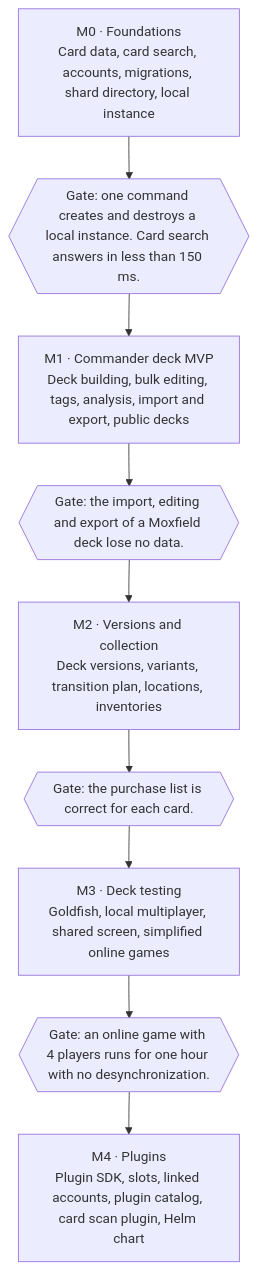
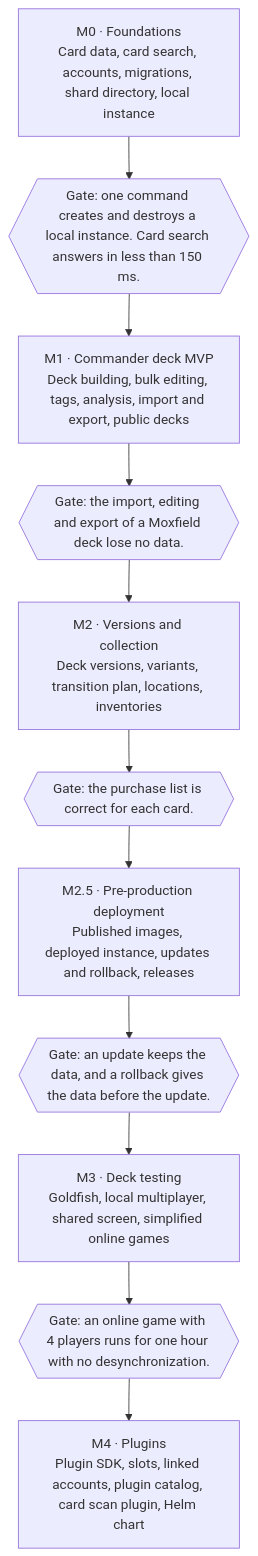
Before and after one commit to nicolas-goyon/Reliquary: the diagram in docs/roadmap.md, drawn with Mermaid. The commit also changed other lines of this file and 8 other files, not shown here.

````diff
--- a/docs/roadmap.md
+++ b/docs/roadmap.md
@@ -17,13 +18,15 @@
 ```mermaid
 flowchart TB
     m0["M0 · Foundations<br/>Card data, card search, accounts, migrations, shard directory, local instance"]
     g0{{"Gate: one command creates and destroys a local instance. Card search answers in less than 150 ms."}}
     m1["M1 · Commander deck MVP<br/>Deck building, bulk editing, tags, analysis, import and export, public decks"]
     g1{{"Gate: the import, editing and export of a Moxfield deck lose no data."}}
     m2["M2 · Versions and collection<br/>Deck versions, variants, transition plan, locations, inventories"]
     g2{{"Gate: the purchase list is correct for each card."}}
+    m25["M2.5 · Pre-production deployment<br/>Published images, deployed instance, updates and rollback, releases"]
+    g25{{"Gate: an update keeps the data, and a rollback gives the data before the update."}}
     m3["M3 · Deck testing<br/>Goldfish, local multiplayer, shared screen, simplified online games"]
     g3{{"Gate: an online game with 4 players runs for one hour with no desynchronization."}}
     m4["M4 · Plugins<br/>Plugin SDK, slots, linked accounts, plugin catalog, card scan plugin, Helm chart"]
-    m0 --> g0 --> m1 --> g1 --> m2 --> g2 --> m3 --> g3 --> m4
+    m0 --> g0 --> m1 --> g1 --> m2 --> g2 --> m25 --> g25 --> m3 --> g3 --> m4
 ```
````
